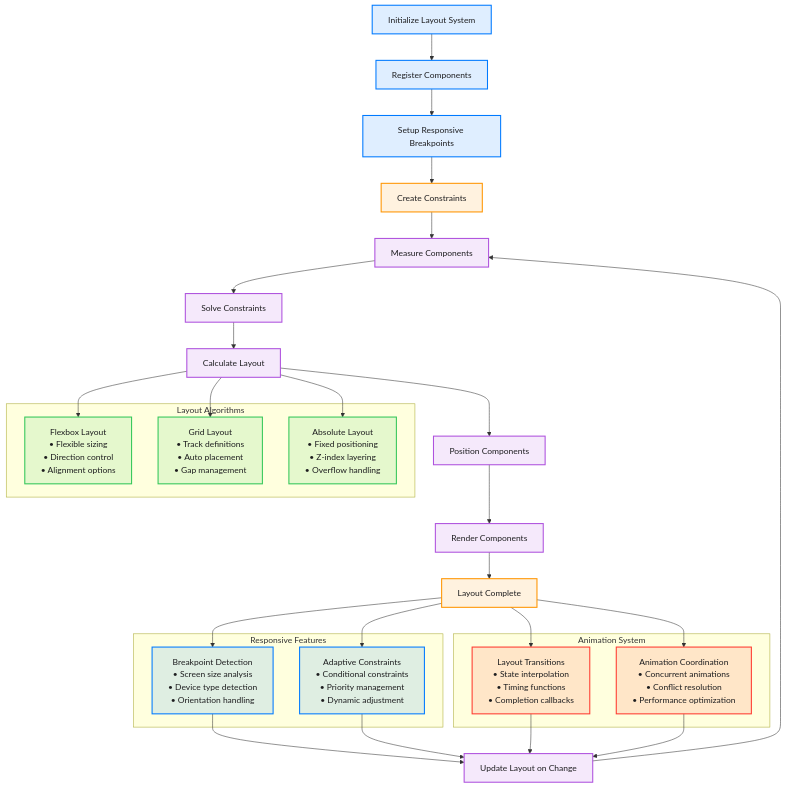
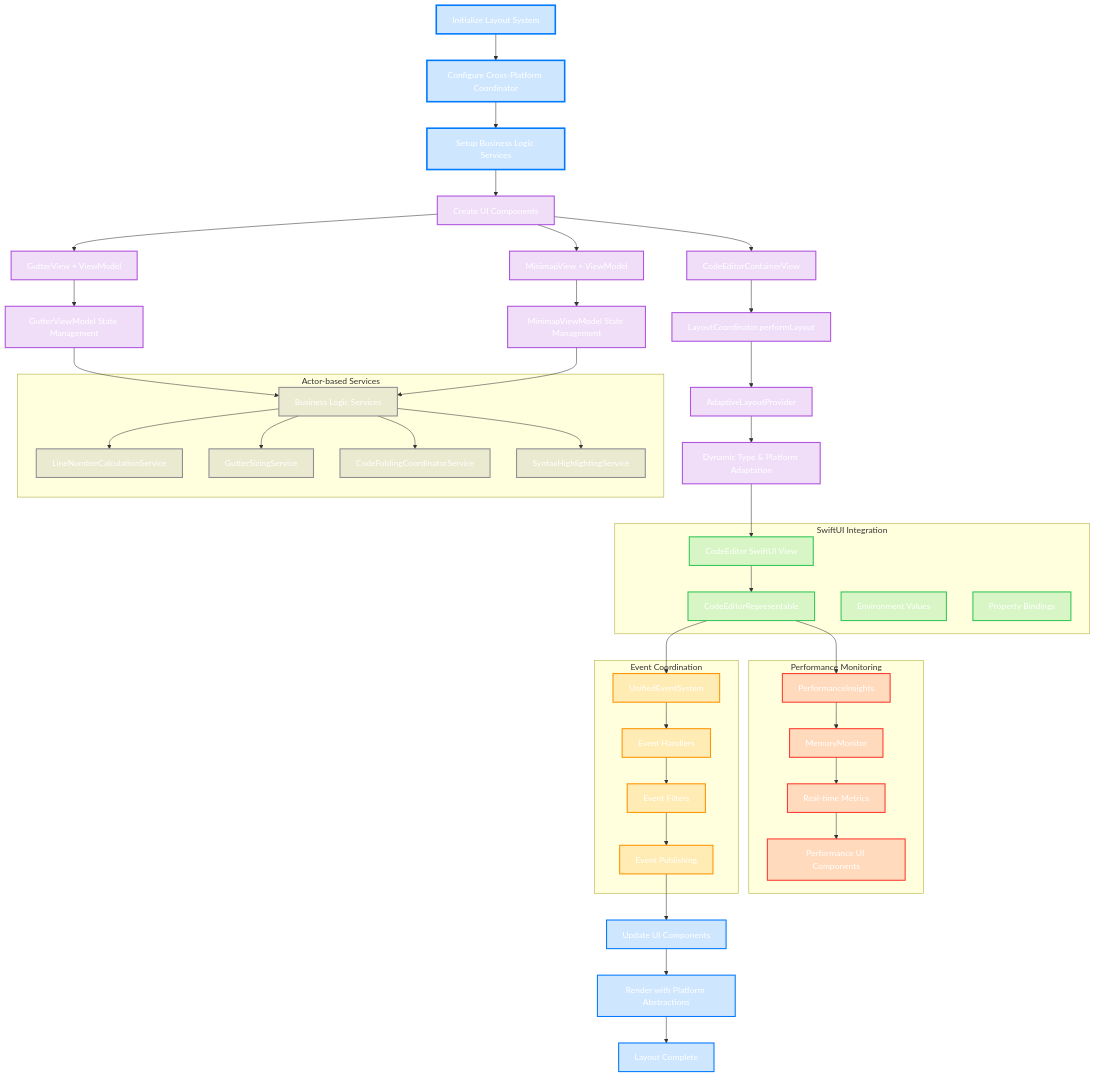
One commit to ajmcclary/CodeEditorKit changed the second of 2 diagrams in Diagrams/22-advanced-layout-ui-components.md. Above: the diagram before and after it, drawn with Mermaid. The commit also changed other lines of this file and 29 other files, not shown here.

First line of the commit message:
Enhance architecture documentation and add debugging integration

````diff
--- a/Diagrams/22-advanced-layout-ui-components.md
+++ b/Diagrams/22-advanced-layout-ui-components.md
@@ -433,73 +409,112 @@
 ```mermaid
 flowchart TB
-    INIT[Initialize Layout System] --> REGISTER[Register Components]
-    REGISTER --> SETUP[Setup Responsive Breakpoints]
-    SETUP --> CONSTRAINT[Create Constraints]
+    INIT[Initialize Layout System] --> CONFIG[Configure Cross-Platform Coordinator]
+    CONFIG --> SERVICES[Setup Business Logic Services]
+    SERVICES --> COMPONENTS[Create UI Components]
     
-    CONSTRAINT --> MEASURE[Measure Components]
-    MEASURE --> SOLVE[Solve Constraints]
-    SOLVE --> LAYOUT[Calculate Layout]
-    LAYOUT --> POSITION[Position Components]
+    COMPONENTS --> CONTAINER[CodeEditorContainerView]
+    COMPONENTS --> GUTTER[GutterView + ViewModel]
+    COMPONENTS --> MINIMAP[MinimapView + ViewModel]
     
-    POSITION --> RENDER[Render Components]
-    RENDER --> READY[Layout Complete]
+    CONTAINER --> LAYOUT[LayoutCoordinator.performLayout]
+    GUTTER --> GUTTERVM[GutterViewModel State Management]
+    MINIMAP --> MINIMAPVM[MinimapViewModel State Management]
     
-    subgraph "Layout Algorithms"
-        FLEX[Flexbox Layout<br/>• Flexible sizing<br/>• Direction control<br/>• Alignment options]
-        GRID[Grid Layout<br/>• Track definitions<br/>• Auto placement<br/>• Gap management]
-        ABS[Absolute Layout<br/>• Fixed positioning<br/>• Z-index layering<br/>• Overflow handling]
+    LAYOUT --> ADAPTIVE[AdaptiveLayoutProvider]
+    ADAPTIVE --> RESPONSIVE[Dynamic Type & Platform Adaptation]
+    
+    subgraph "SwiftUI Integration"
+        SWIFTUI[CodeEditor SwiftUI View]
+        REPRESENT[CodeEditorRepresentable]
+        ENV[Environment Values]
+        BINDINGS[Property Bindings]
     end
     
-    subgraph "Responsive Features"
-        BREAK[Breakpoint Detection<br/>• Screen size analysis<br/>• Device type detection<br/>• Orientation handling]
-        ADAPT[Adaptive Constraints<br/>• Conditional constraints<br/>• Priority management<br/>• Dynamic adjustment]
+    subgraph "Performance Monitoring"
+        PERF[PerformanceInsights]
+        MEMORY[MemoryMonitor]
+        METRICS[Real-time Metrics]
+        VIEWS[Performance UI Components]
     end
     
-    subgraph "Animation System"
-        TRANS[Layout Transitions<br/>• State interpolation<br/>• Timing functions<br/>• Completion callbacks]
-        COORD[Animation Coordination<br/>• Concurrent animations<br/>• Conflict resolution<br/>• Performance optimization]
+    subgraph "Event Coordination"
+        EVENTS[UnifiedEventSystem]
+        HANDLERS[Event Handlers]
+        FILTERS[Event Filters]
+        PUBLISH[Event Publishing]
     end
     
-    LAYOUT --> FLEX
-    LAYOUT --> GRID
-    LAYOUT --> ABS
+    subgraph "Actor-based Services"
+        ACTORS[Business Logic Services]
+        LINES[LineNumberCalculationService]
+        SIZING[GutterSizingService]
+        FOLDING[CodeFoldingCoordinatorService]
+        SYNTAX[SyntaxHighlightingService]
+    end
     
-    READY --> BREAK
-    READY --> ADAPT
-    READY --> TRANS
-    READY --> COORD
+    RESPONSIVE --> SWIFTUI
+    SWIFTUI --> REPRESENT
+    REPRESENT --> PERF
+    REPRESENT --> EVENTS
     
-    BREAK --> UPDATE[Update Layout on Change]
-    ADAPT --> UPDATE
-    TRANS --> UPDATE
-    COORD --> UPDATE
+    PERF --> MEMORY
+    MEMORY --> METRICS
+    METRICS --> VIEWS
     
-    UPDATE --> MEASURE
+    EVENTS --> HANDLERS
+    HANDLERS --> FILTERS
+    FILTERS --> PUBLISH
+    
+    GUTTERVM --> ACTORS
+    MINIMAPVM --> ACTORS
+    ACTORS --> LINES
+    ACTORS --> SIZING
+    ACTORS --> FOLDING
+    ACTORS --> SYNTAX
+    
+    PUBLISH --> UPDATE[Update UI Components]
+    UPDATE --> RENDER[Render with Platform Abstractions]
+    RENDER --> READY[Layout Complete]
 
-    %% Styling - Dark mode friendly colors
-    classDef init fill:#007AFF20,stroke:#007AFF,stroke-width:2px,color:#1D1D1F
-    classDef process fill:#AF52DE20,stroke:#AF52DE,stroke-width:2px,color:#1D1D1F
-    classDef algorithm fill:#34C75920,stroke:#34C759,stroke-width:2px,color:#1D1D1F
-    classDef responsive fill:#007AFF20,stroke:#007AFF,stroke-width:2px,color:#1D1D1F
-    classDef animation fill:#FF3B3020,stroke:#FF3B30,stroke-width:2px,color:#1D1D1F
-    classDef result fill:#FF950020,stroke:#FF9500,stroke-width:2px,color:#1D1D1F
+    %% Styling with enhanced contrast
+    classDef init fill:#007AFF30,stroke:#007AFF,stroke-width:3px,color:#FFFFFF
+    classDef process fill:#AF52DE30,stroke:#AF52DE,stroke-width:2px,color:#FFFFFF
+    classDef swiftui fill:#34C75930,stroke:#34C759,stroke-width:2px,color:#FFFFFF
+    classDef performance fill:#FF3B3030,stroke:#FF3B30,stroke-width:2px,color:#FFFFFF
+    classDef events fill:#FF950030,stroke:#FF9500,stroke-width:2px,color:#FFFFFF
+    classDef services fill:#8E8E9330,stroke:#8E8E93,stroke-width:2px,color:#FFFFFF
+    classDef result fill:#007AFF30,stroke:#007AFF,stroke-width:2px,color:#FFFFFF
 
     class INIT init
-    class REGISTER init
-    class SETUP init
-    class MEASURE process
-    class SOLVE process
+    class CONFIG init
+    class SERVICES init
+    class COMPONENTS process
+    class CONTAINER process
+    class GUTTER process
+    class MINIMAP process
     class LAYOUT process
-    class POSITION process
-    class RENDER process
-    class UPDATE process
-    class FLEX algorithm
-    class GRID algorithm
-    class ABS algorithm
-    class BREAK responsive
-    class ADAPT responsive
-    class TRANS animation
-    class COORD animation
-    class CONSTRAINT result
+    class GUTTERVM process
+    class MINIMAPVM process
+    class ADAPTIVE process
+    class RESPONSIVE process
+    class SWIFTUI swiftui
+    class REPRESENT swiftui
+    class ENV swiftui
+    class BINDINGS swiftui
+    class PERF performance
+    class MEMORY performance
+    class METRICS performance
+    class VIEWS performance
+    class EVENTS events
+    class HANDLERS events
+    class FILTERS events
+    class PUBLISH events
+    class ACTORS services
+    class LINES services
+    class SIZING services
+    class FOLDING services
+    class SYNTAX services
+    class UPDATE result
+    class RENDER result
     class READY result
 ```
````
